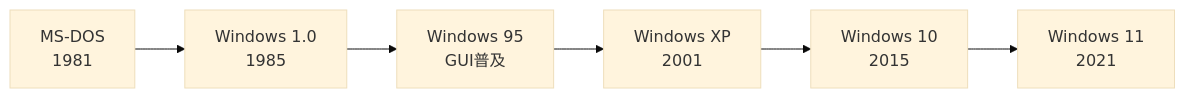
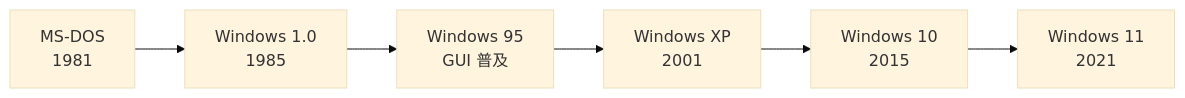
Before and after one commit to Tianshang301/TianshangKnowledgeBase: the second of 3 diagrams in 05_ComputerScience/HistoryOfComputing/ComputerPioneers.md, drawn with Mermaid (base theme). The commit also changed other lines of this file and 2257 other files, not shown here.

````diff
--- a/05_ComputerScience/HistoryOfComputing/ComputerPioneers.md
+++ b/05_ComputerScience/HistoryOfComputing/ComputerPioneers.md
@@ -236,9 +238,9 @@
 ```mermaid
 flowchart LR
   MSDOS[MS-DOS<br/>1981]
   MSDOS --> WIN[Windows 1.0<br/>1985]
-  WIN --> WIN95[Windows 95<br/>GUI普及]
+  WIN --> WIN95[Windows 95<br/>GUI 普及]
   WIN95 --> WINXP[Windows XP<br/>2001]
   WINXP --> WIN10[Windows 10<br/>2015]
   WIN10 --> WIN11[Windows 11<br/>2021]
 ```
````
